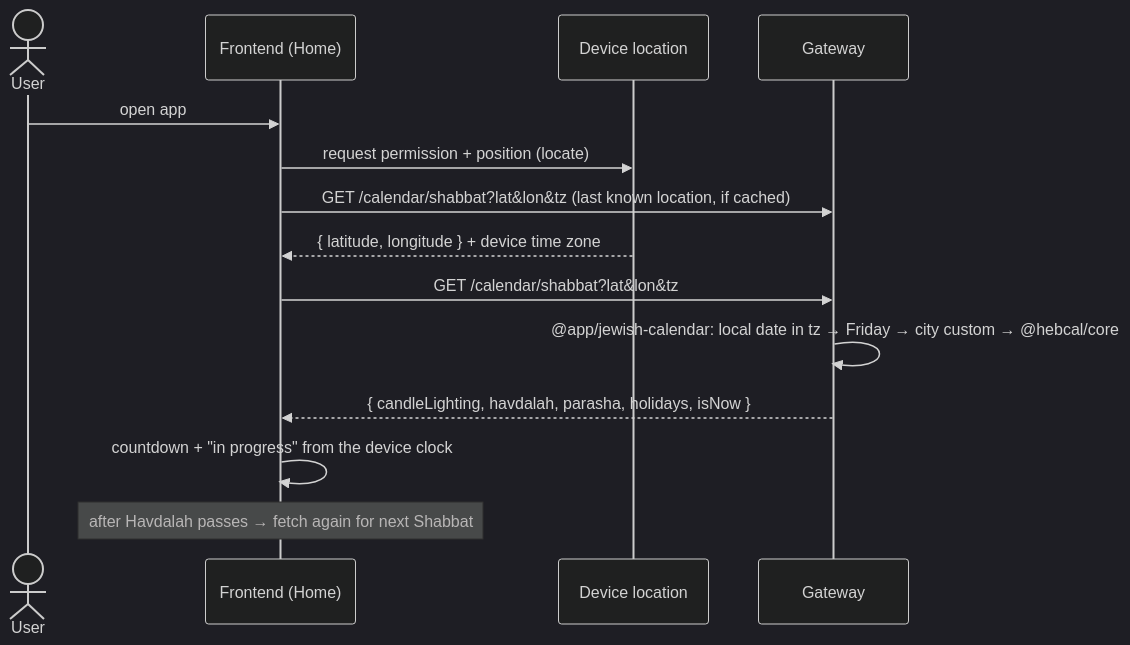
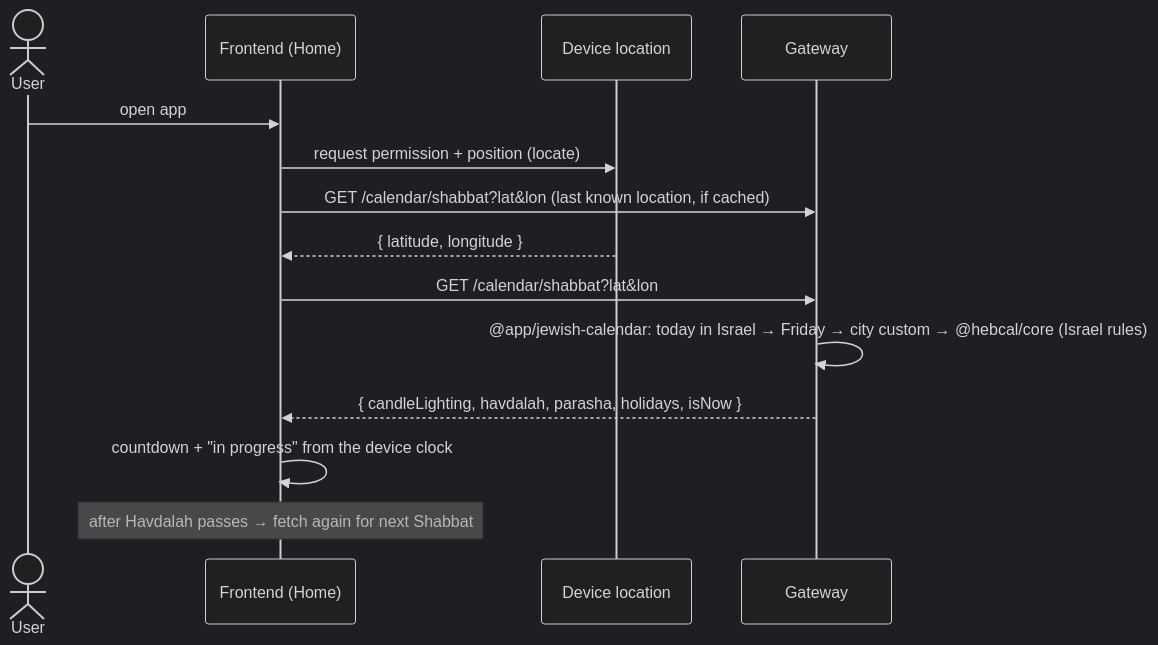
One commit to LidorElmakaies/personal-copilot changed the fourth of 8 diagrams in docs/specs/architecture.md. Above: the diagram before and after it, drawn with Mermaid (dark theme). The commit also changed other lines of this file and 76 other files, not shown here.

````diff
--- a/docs/specs/architecture.md
+++ b/docs/specs/architecture.md
@@ -179,17 +179,17 @@
 ```mermaid
 sequenceDiagram
     actor User
     participant App as Frontend (Home)
     participant GPS as Device location
     participant Gateway
 
     User->>App: open app
     App->>GPS: request permission + position (locate)
-    App->>Gateway: GET /calendar/shabbat?lat&lon&tz (last known location, if cached)
-    GPS-->>App: { latitude, longitude } + device time zone
-    App->>Gateway: GET /calendar/shabbat?lat&lon&tz
-    Gateway->>Gateway: @app/jewish-calendar: local date in tz → Friday → city custom → @hebcal/core
+    App->>Gateway: GET /calendar/shabbat?lat&lon (last known location, if cached)
+    GPS-->>App: { latitude, longitude }
+    App->>Gateway: GET /calendar/shabbat?lat&lon
+    Gateway->>Gateway: @app/jewish-calendar: today in Israel → Friday → city custom → @hebcal/core (Israel rules)
     Gateway-->>App: { candleLighting, havdalah, parasha, holidays, isNow }
     App->>App: countdown + "in progress" from the device clock
     Note over App: after Havdalah passes → fetch again for next Shabbat
 ```
````
